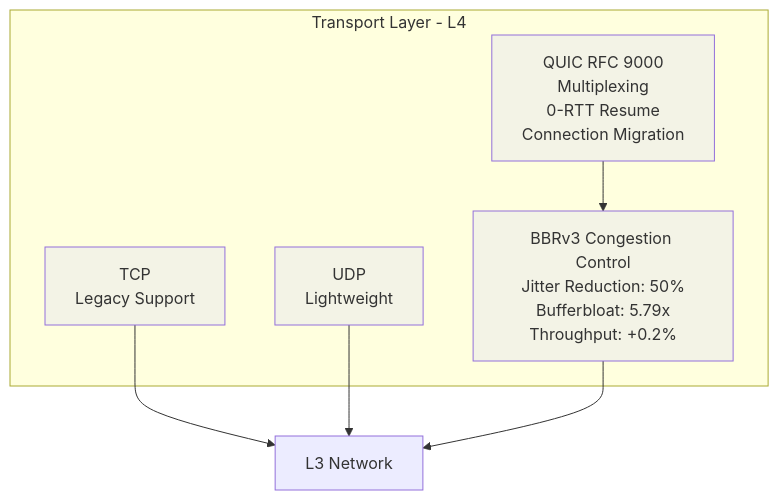
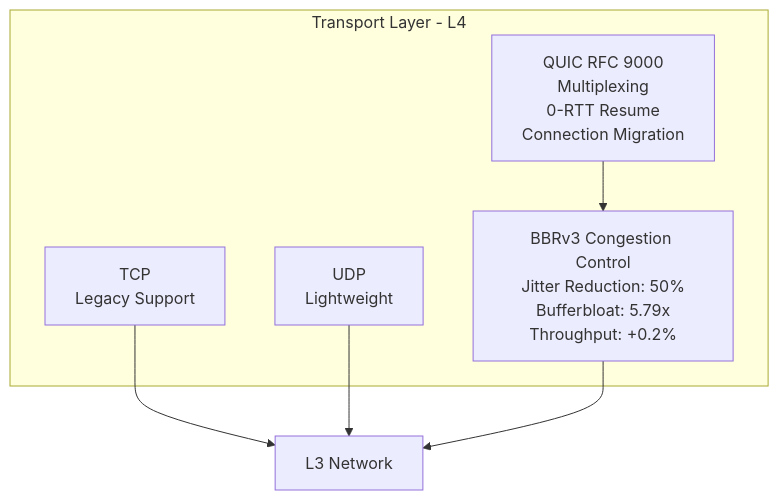
One commit to twogc/cloudbridge-docs changed the fifth of 10 diagrams in ARCHITECTURE/NETWORK_LAYERS_OSI_MODEL.md. Above: the diagram before and after it, drawn with Mermaid. The commit also changed other lines of this file and 1 other file, not shown here.

````diff
--- a/ARCHITECTURE/NETWORK_LAYERS_OSI_MODEL.md
+++ b/ARCHITECTURE/NETWORK_LAYERS_OSI_MODEL.md
@@ -211,19 +207,14 @@
 ```mermaid
 graph TB
     subgraph "Transport Layer - L4"
         QUIC["QUIC RFC 9000<br/>Multiplexing<br/>0-RTT Resume<br/>Connection Migration"]
         BBRv3["BBRv3 Congestion Control<br/>Jitter Reduction: 50%<br/>Bufferbloat: 5.79x<br/>Throughput: +0.2%"]
         TCP["TCP<br/>Legacy Support"]
         UDP["UDP<br/>Lightweight"]
     end
     
     QUIC --> BBRv3
     TCP --> L3["L3 Network"]
     UDP --> L3
     BBRv3 --> L3
-    
-    style QUIC fill:#f3f3e6
-    style BBRv3 fill:#f3f3e6
-    style TCP fill:#f3f3e6
-    style UDP fill:#f3f3e6
 ```
````
